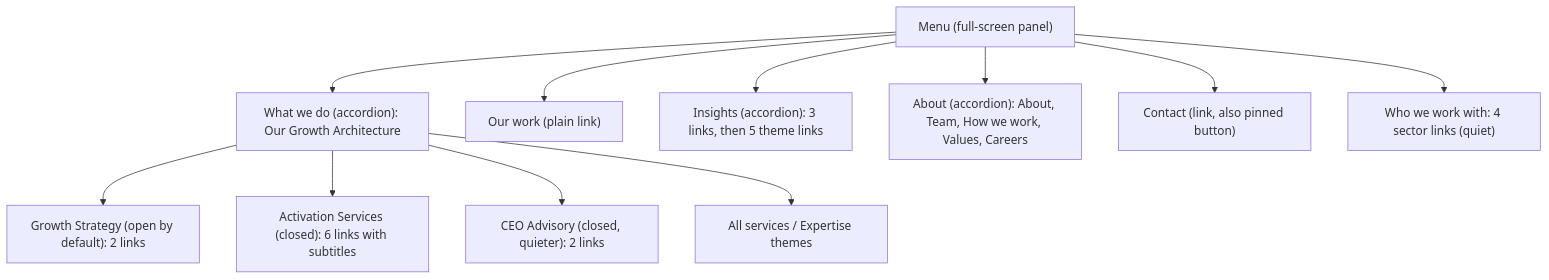
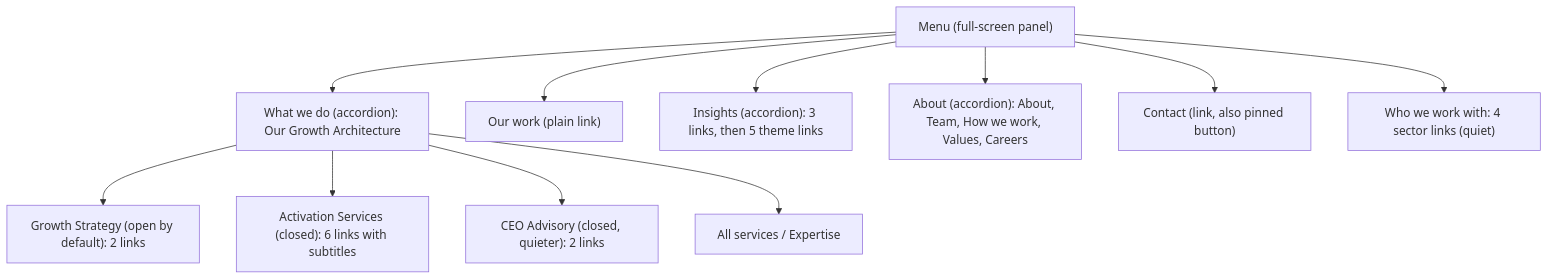
One commit to gsdd/temp-manifesto-ia changed the sixth of 7 diagrams in docs/diagrams/mega-nav.md. Above: the diagram before and after it, drawn with Mermaid. The commit also changed other lines of this file and 1 other file, not shown here.

Commit message:
v3 primary navigation: plain-language labels and subtitles, three services renamed to searched terms, acronyms removed, Expertise label

````diff
--- a/docs/diagrams/mega-nav.md
+++ b/docs/diagrams/mega-nav.md
@@ -116,14 +116,14 @@
 ```mermaid
 flowchart TB
     M["Menu (full-screen panel)"]
     M --> M1["What we do (accordion): Our Growth Architecture"]
     M1 --> M1a["Growth Strategy (open by default): 2 links"]
     M1 --> M1b["Activation Services (closed): 6 links with subtitles"]
     M1 --> M1c["CEO Advisory (closed, quieter): 2 links"]
-    M1 --> M1d["All services / Expertise themes"]
+    M1 --> M1d["All services / Expertise"]
     M --> M2["Our work (plain link)"]
     M --> M3["Insights (accordion): 3 links, then 5 theme links"]
     M --> M4["About (accordion): About, Team, How we work, Values, Careers"]
     M --> M5["Contact (link, also pinned button)"]
     M --> M6["Who we work with: 4 sector links (quiet)"]
 ```
````
